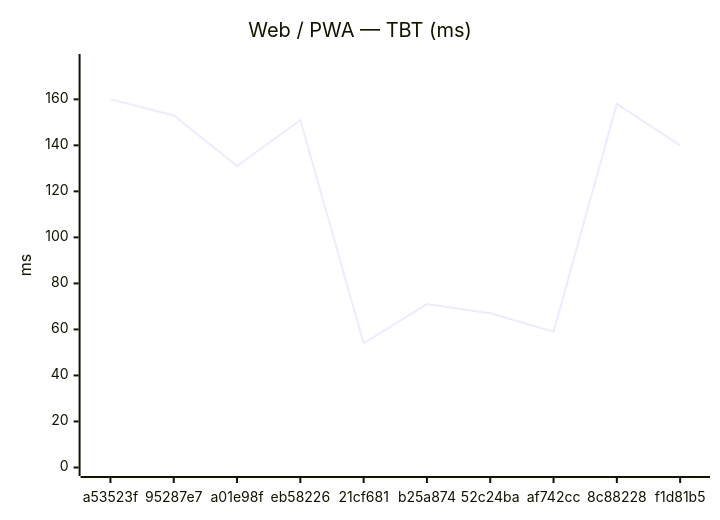
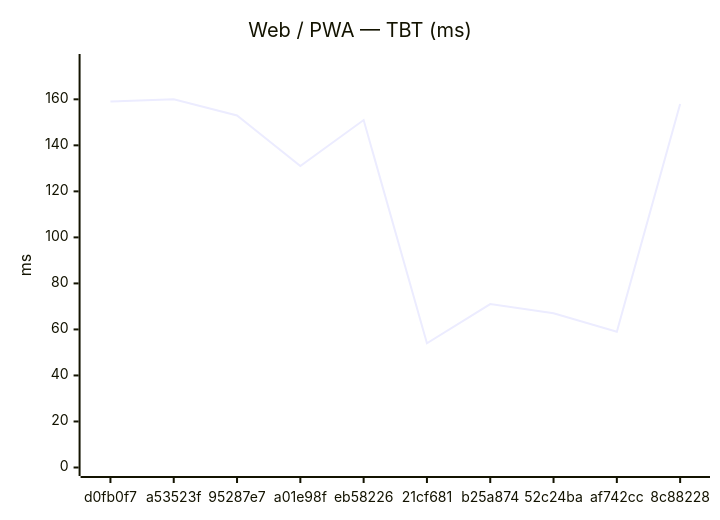
The second of 18 diagrams in benchmarks/compare.md (Metaheurist/Rianell), drawn with Mermaid before and after one commit. The commit also changed other lines of this file and 11 other files, not shown here.

````diff
--- a/benchmarks/compare.md
+++ b/benchmarks/compare.md
@@ -31,7 +31,7 @@
 ```mermaid
 xychart-beta
     title "Web / PWA — TBT (ms)"
-    x-axis ["a53523f", "95287e7", "a01e98f", "eb58226", "21cf681", "b25a874", "52c24ba", "af742cc", "8c88228", "f1d81b5"]
+    x-axis ["d0fb0f7", "a53523f", "95287e7", "a01e98f", "eb58226", "21cf681", "b25a874", "52c24ba", "af742cc", "8c88228"]
     y-axis "ms" 0 --> 176
-    line [160, 153, 131, 151, 54, 71, 67, 59, 158, 140]
+    line [159, 160, 153, 131, 151, 54, 71, 67, 59, 158]
 ```
````
